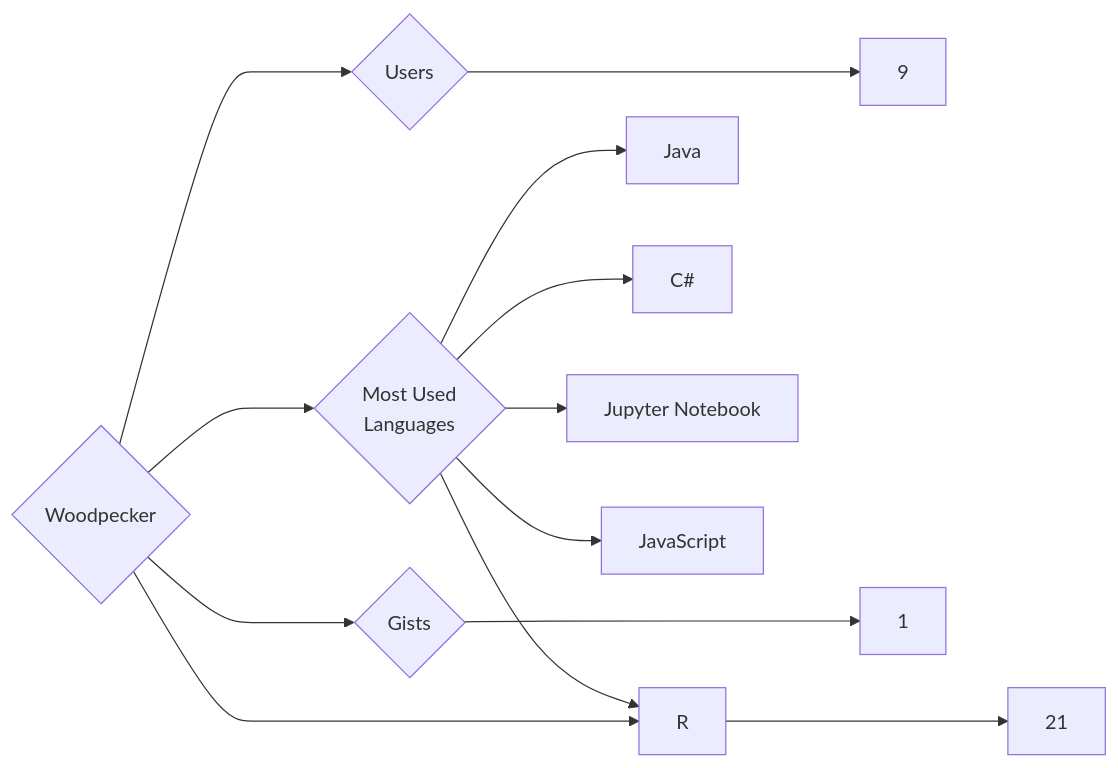
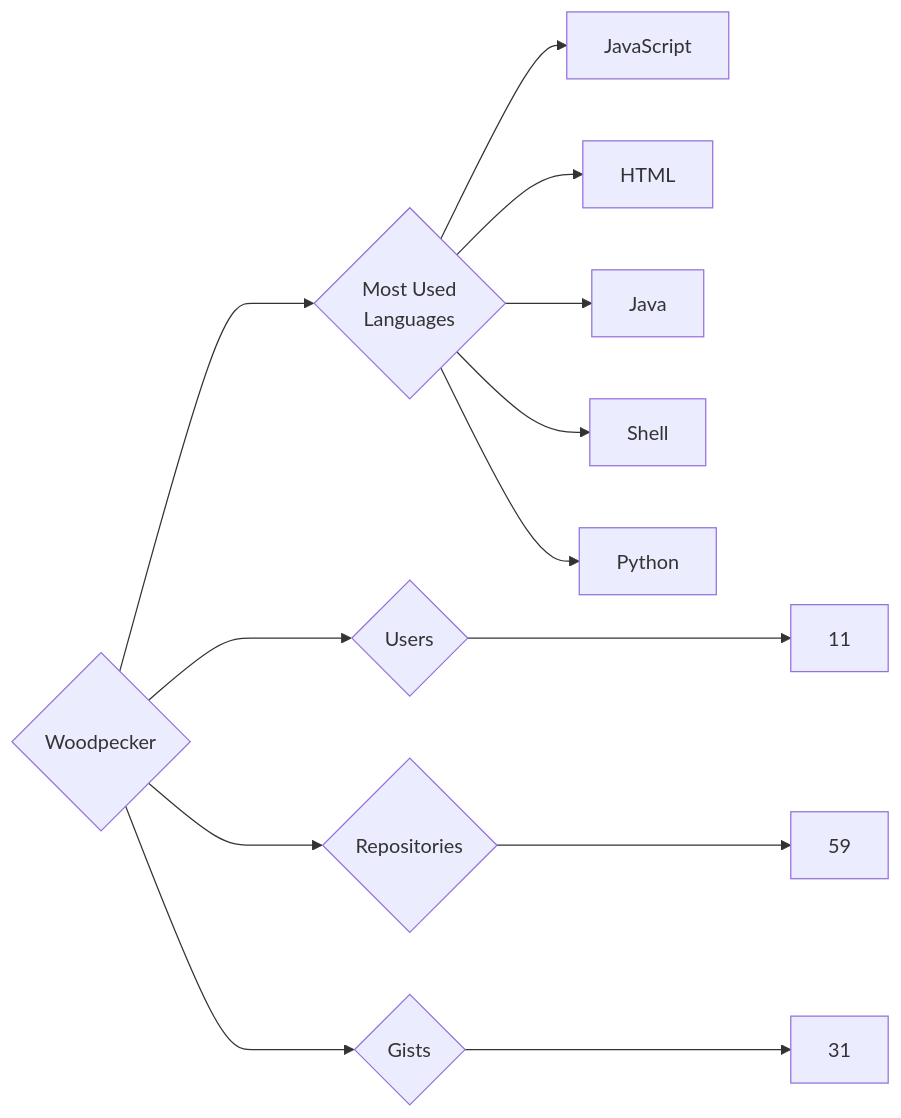
The diagram in targets/Woodpecker/README.md (trickest/insiders), drawn with Mermaid before and after one commit. The commit also changed 903 other files, not shown here.

````diff
--- a/targets/Woodpecker/README.md
+++ b/targets/Woodpecker/README.md
@@ -3,13 +3,13 @@
 ```mermaid
 graph LR
 COMPANY_NAME{Woodpecker}
-COMPANY_NAME ---> U{Users} ---> UN[9]
-COMPANY_NAME ---> R{Repositories} ---> RN[21]
-COMPANY_NAME ---> G{Gists} ---> GN[1]
+COMPANY_NAME ---> U{Users} ---> UN[11]
+COMPANY_NAME ---> R{Repositories} ---> RN[59]
+COMPANY_NAME ---> G{Gists} ---> GN[31]
 COMPANY_NAME ---> ML{Most Used<br>Languages}
+ML --> JavaScript[JavaScript]
+ML --> HTML[HTML]
 ML --> Java[Java]
-ML --> C#[C#]
-ML --> Jupyter_Notebook[Jupyter Notebook]
-ML --> JavaScript[JavaScript]
-ML --> R[R]
+ML --> Shell[Shell]
+ML --> Python[Python]
 ```
````
